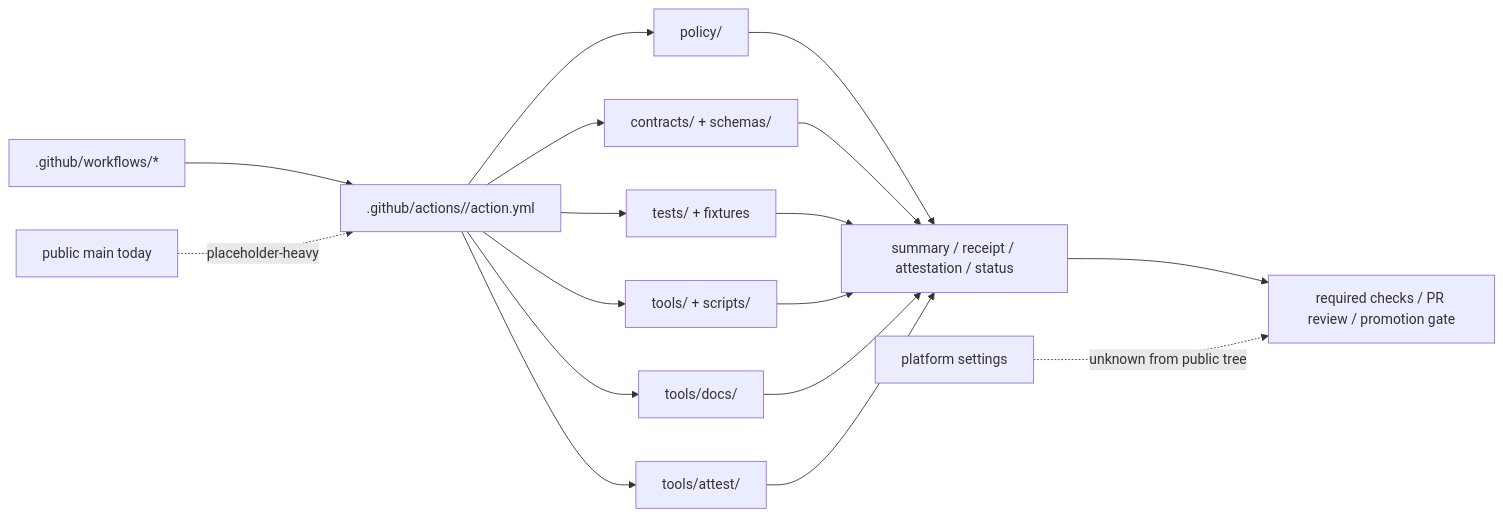
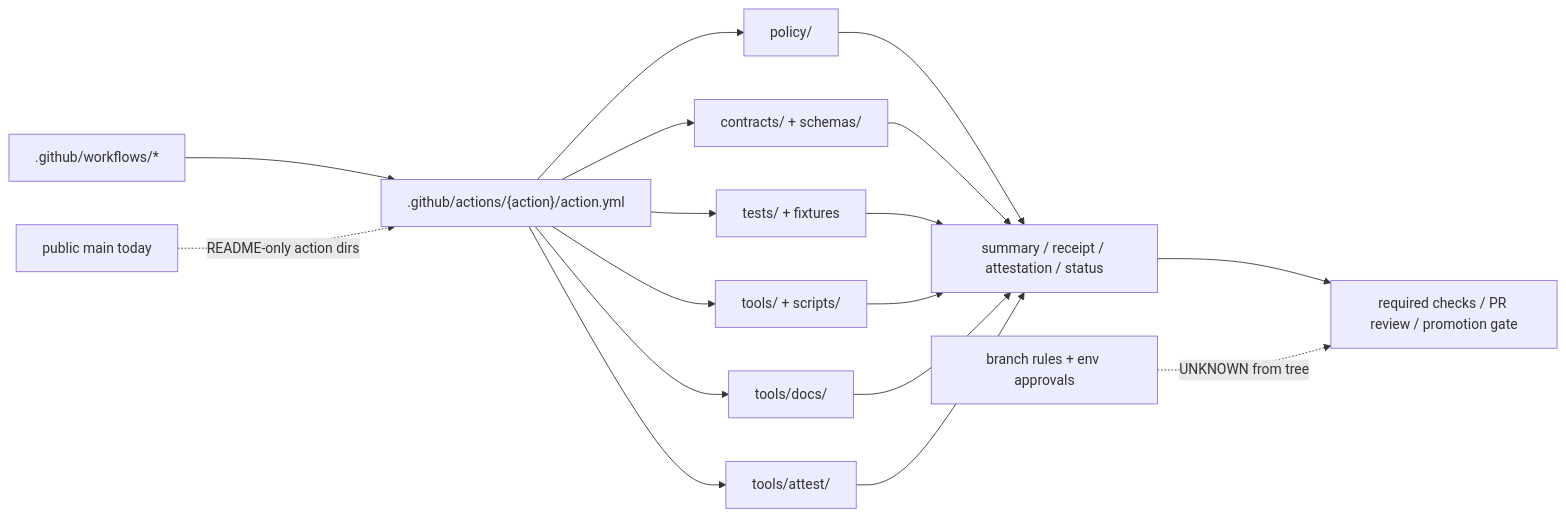
One commit to bartytime4life/Kansas-Frontier-Matrix changed the diagram in .github/actions/README.md. Above: the diagram before and after it, drawn with Mermaid. The commit also changed other lines of this file, not shown here.

````diff
--- a/.github/actions/README.md
+++ b/.github/actions/README.md
@@ -459,23 +462,23 @@
 ```mermaid
 flowchart LR
-    W[.github/workflows/*] --> A[.github/actions/<action>/action.yml]
+    WF[".github/workflows/*"] --> ACT[".github/actions/{action}/action.yml"]
 
-    A --> P[policy/]
-    A --> C[contracts/ + schemas/]
-    A --> T[tests/ + fixtures]
-    A --> S[tools/ + scripts/]
-    A --> D[tools/docs/]
-    A --> AT[tools/attest/]
+    ACT --> POL["policy/"]
+    ACT --> CS["contracts/ + schemas/"]
+    ACT --> TEST["tests/ + fixtures"]
+    ACT --> TOOL["tools/ + scripts/"]
+    ACT --> DOCS["tools/docs/"]
+    ACT --> ATTEST["tools/attest/"]
 
-    P --> R[summary / receipt / attestation / status]
-    C --> R
-    T --> R
-    S --> R
-    D --> R
-    AT --> R
+    POL --> OUT["summary / receipt / attestation / status"]
+    CS --> OUT
+    TEST --> OUT
+    TOOL --> OUT
+    DOCS --> OUT
+    ATTEST --> OUT
 
-    R --> G[required checks / PR review / promotion gate]
+    OUT --> REVIEW["required checks / PR review / promotion gate"]
 
-    X[public main today] -. placeholder-heavy .-> A
-    Y[platform settings] -. unknown from public tree .-> G
+    PUBLIC["public main today"] -. "README-only action dirs" .-> ACT
+    SETTINGS["branch rules + env approvals"] -. "UNKNOWN from tree" .-> REVIEW
 ```
````
